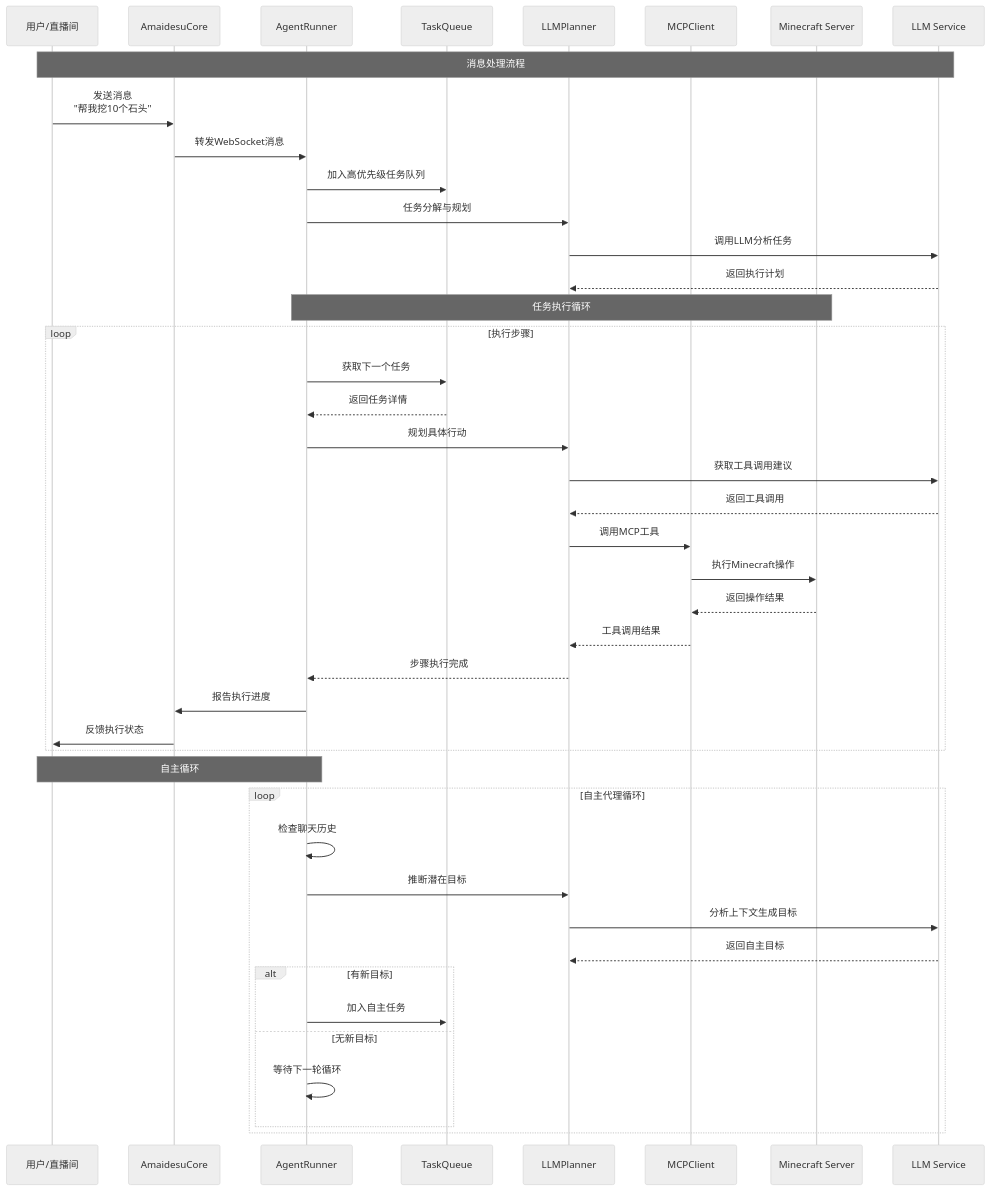
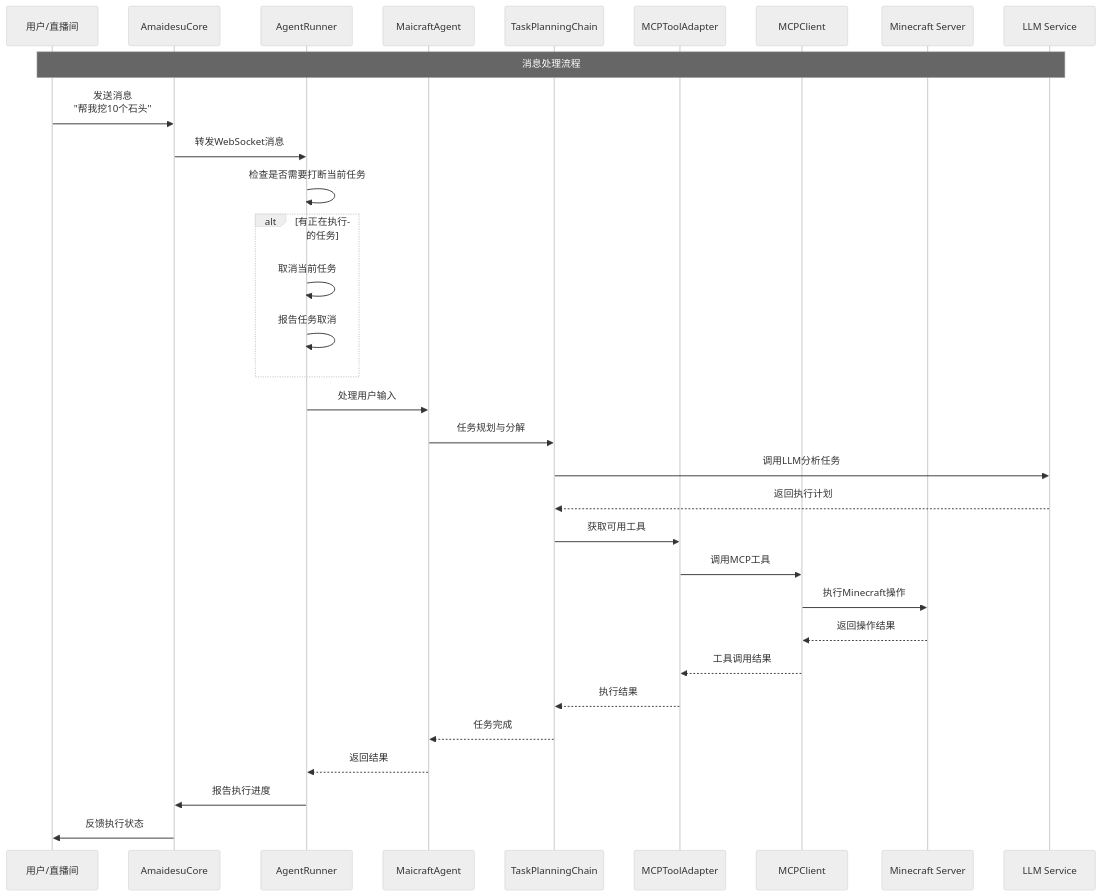
Before and after one commit to ChangingSelf/MaiBot-Vtuber: the second of 2 diagrams in src/plugins/maicraft/README.md, drawn with Mermaid (neutral theme). The commit also changed other lines of this file and 16 other files, not shown here.

````diff
--- a/src/plugins/maicraft/README.md
+++ b/src/plugins/maicraft/README.md
@@ -82,51 +113,36 @@
 ```mermaid
 sequenceDiagram
     participant User as 用户/直播间
     participant Core as AmaidesuCore
     participant Runner as AgentRunner
-    participant Queue as TaskQueue
-    participant Planner as LLMPlanner
+    participant Agent as MaicraftAgent
+    participant TaskChain as TaskPlanningChain
+    participant ToolAdapter as MCPToolAdapter
     participant MCP as MCPClient
     participant MC as Minecraft Server
     participant LLM as LLM Service
     
     Note over User,LLM: 消息处理流程
     
     User->>Core: 发送消息<br/>"帮我挖10个石头"
     Core->>Runner: 转发WebSocket消息
-    Runner->>Queue: 加入高优先级任务队列
-    Runner->>Planner: 任务分解与规划
-    Planner->>LLM: 调用LLM分析任务
-    LLM-->>Planner: 返回执行计划
-    
-    Note over Runner,MC: 任务执行循环
-    
-    loop 执行步骤
-        Runner->>Queue: 获取下一个任务
-        Queue-->>Runner: 返回任务详情
-        Runner->>Planner: 规划具体行动
-        Planner->>LLM: 获取工具调用建议
-        LLM-->>Planner: 返回工具调用
-        Planner->>MCP: 调用MCP工具
-        MCP->>MC: 执行Minecraft操作
-        MC-->>MCP: 返回操作结果
-        MCP-->>Planner: 工具调用结果
-        Planner-->>Runner: 步骤执行完成
-        Runner->>Core: 报告执行进度
-        Core->>User: 反馈执行状态
+    Runner->>Runner: 检查是否需要打断当前任务
+    alt 有正在执行的任务
+        Runner->>Runner: 取消当前任务
+        Runner->>Runner: 报告任务取消
     end
-    
-    Note over Runner,User: 自主循环
-    
-    loop 自主代理循环
-        Runner->>Runner: 检查聊天历史
-        Runner->>Planner: 推断潜在目标
-        Planner->>LLM: 分析上下文生成目标
-        LLM-->>Planner: 返回自主目标
-        alt 有新目标
-            Runner->>Queue: 加入自主任务
-        else 无新目标
-            Runner->>Runner: 等待下一轮循环
-        end
-    end
+    Runner->>Agent: 处理用户输入
+    Agent->>TaskChain: 任务规划与分解
+    TaskChain->>LLM: 调用LLM分析任务
+    LLM-->>TaskChain: 返回执行计划
+    TaskChain->>ToolAdapter: 获取可用工具
+    ToolAdapter->>MCP: 调用MCP工具
+    MCP->>MC: 执行Minecraft操作
+    MC-->>MCP: 返回操作结果
+    MCP-->>ToolAdapter: 工具调用结果
+    ToolAdapter-->>TaskChain: 执行结果
+    TaskChain-->>Agent: 任务完成
+    Agent-->>Runner: 返回结果
+    Runner->>Core: 报告执行进度
+    Core->>User: 反馈执行状态
 ```
````
